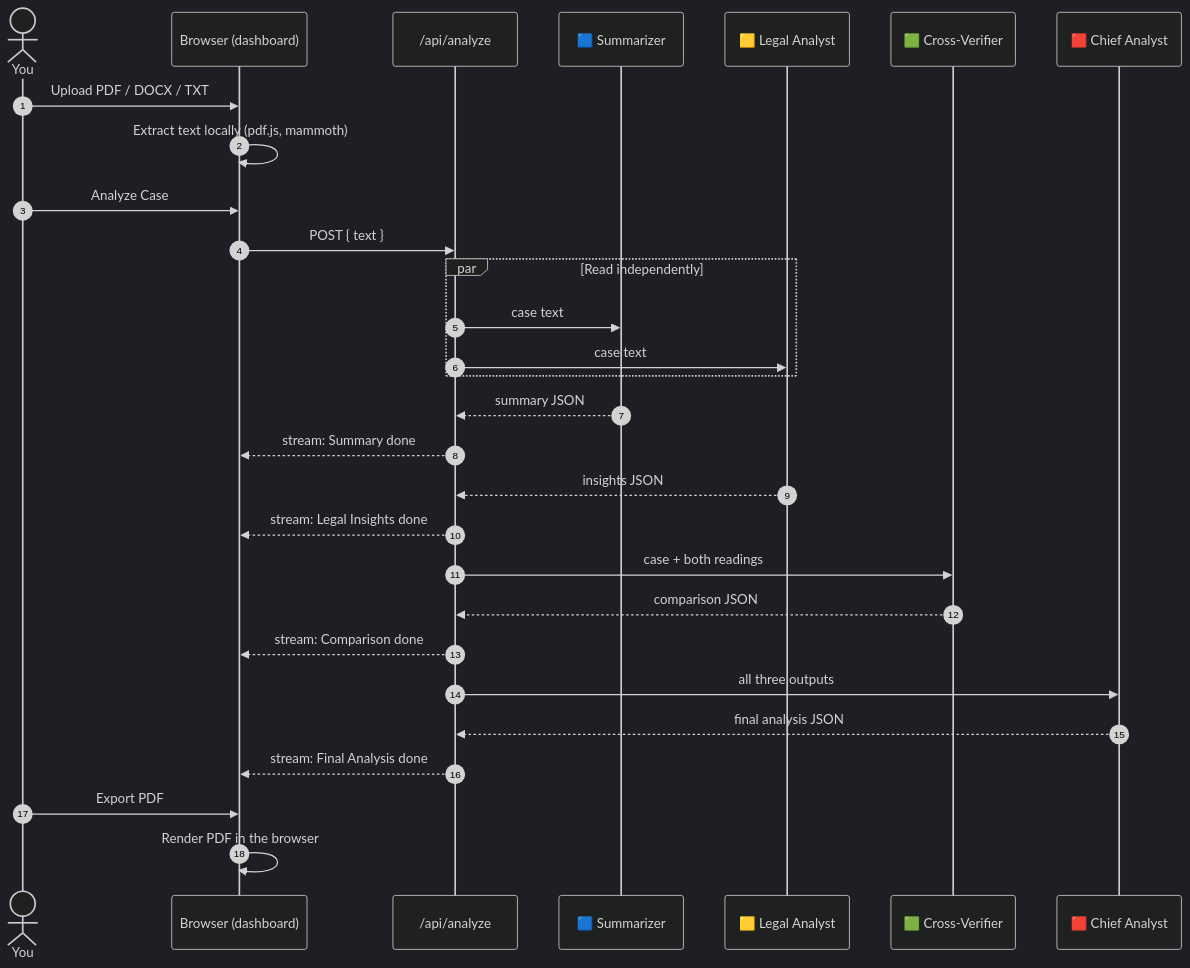
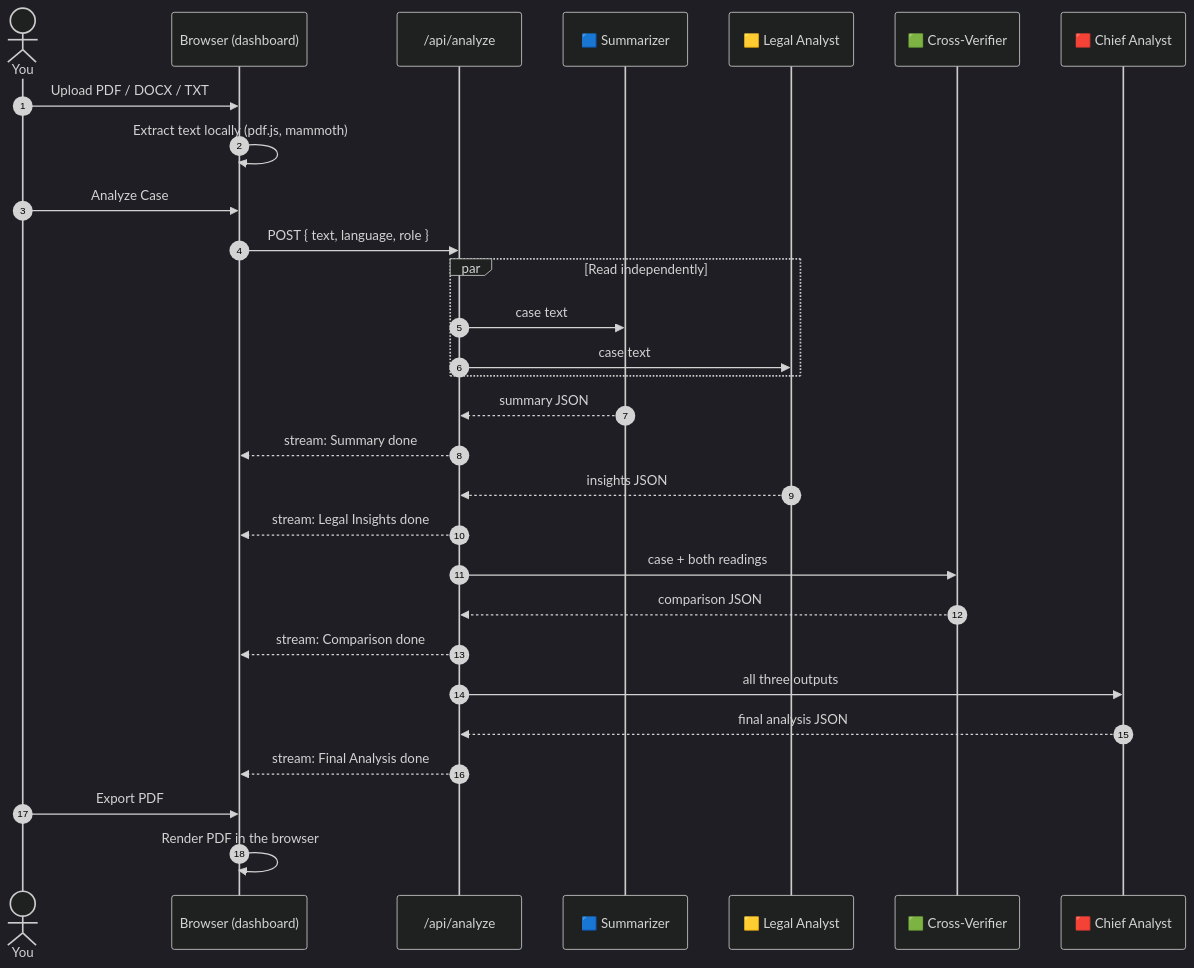
The first of 2 diagrams in README.md (jagdish3135/lexagent), drawn with Mermaid (dark theme) before and after one commit. The commit also changed other lines of this file and 77 other files, not shown here.

````diff
--- a/README.md
+++ b/README.md
@@ -102,32 +110,32 @@
 ```mermaid
 sequenceDiagram
     autonumber
     actor U as You
     participant B as Browser (dashboard)
     participant API as /api/analyze
     participant S as 🟦 Summarizer
     participant L as 🟨 Legal Analyst
     participant V as 🟩 Cross-Verifier
     participant C as 🟥 Chief Analyst
 
     U->>B: Upload PDF / DOCX / TXT
     B->>B: Extract text locally (pdf.js, mammoth)
     U->>B: Analyze Case
-    B->>API: POST { text }
+    B->>API: POST { text, language, role }
     par Read independently
         API->>S: case text
         API->>L: case text
     end
     S-->>API: summary JSON
     API-->>B: stream: Summary done
     L-->>API: insights JSON
     API-->>B: stream: Legal Insights done
     API->>V: case + both readings
     V-->>API: comparison JSON
     API-->>B: stream: Comparison done
     API->>C: all three outputs
     C-->>API: final analysis JSON
     API-->>B: stream: Final Analysis done
     U->>B: Export PDF
     B->>B: Render PDF in the browser
 ```
````
